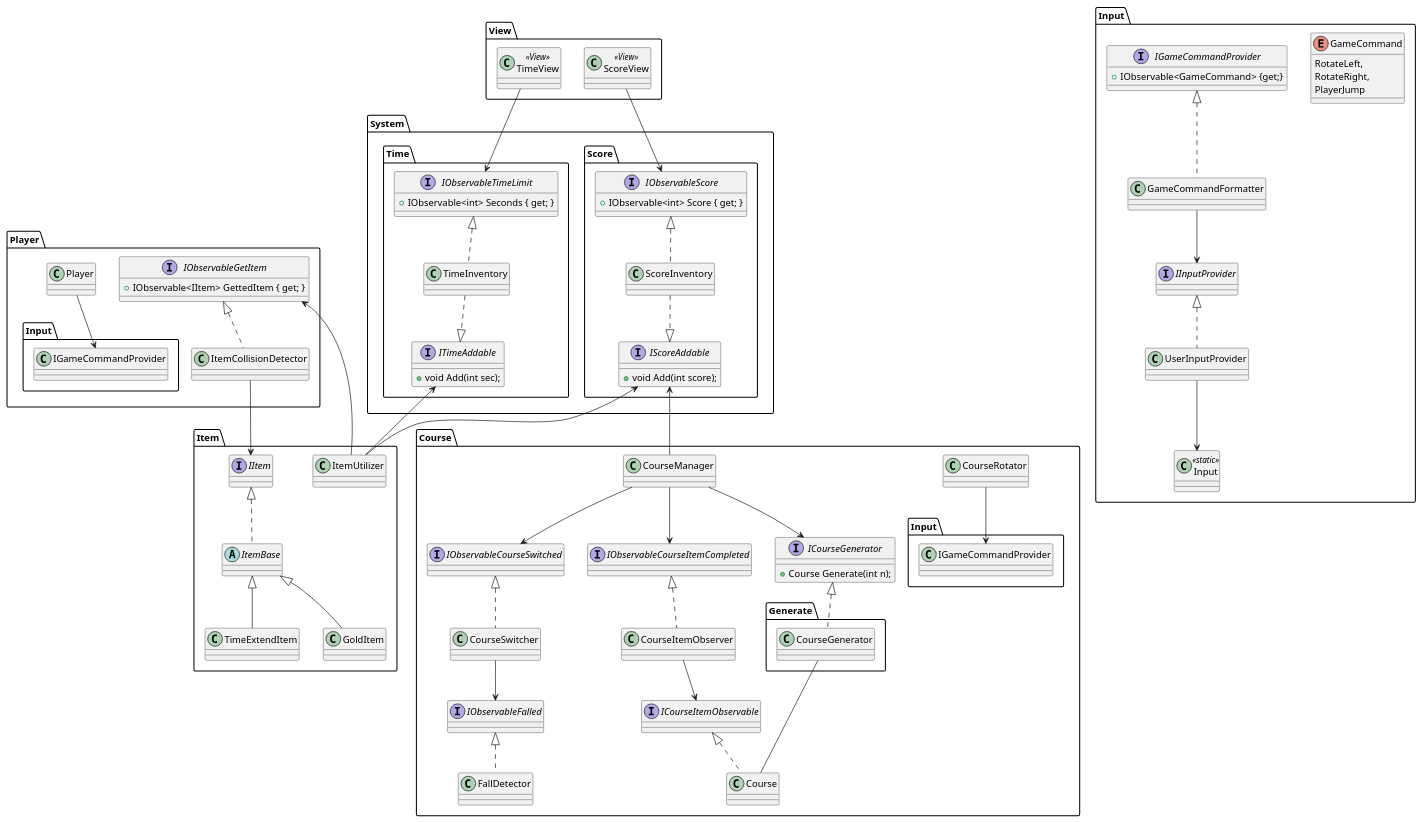
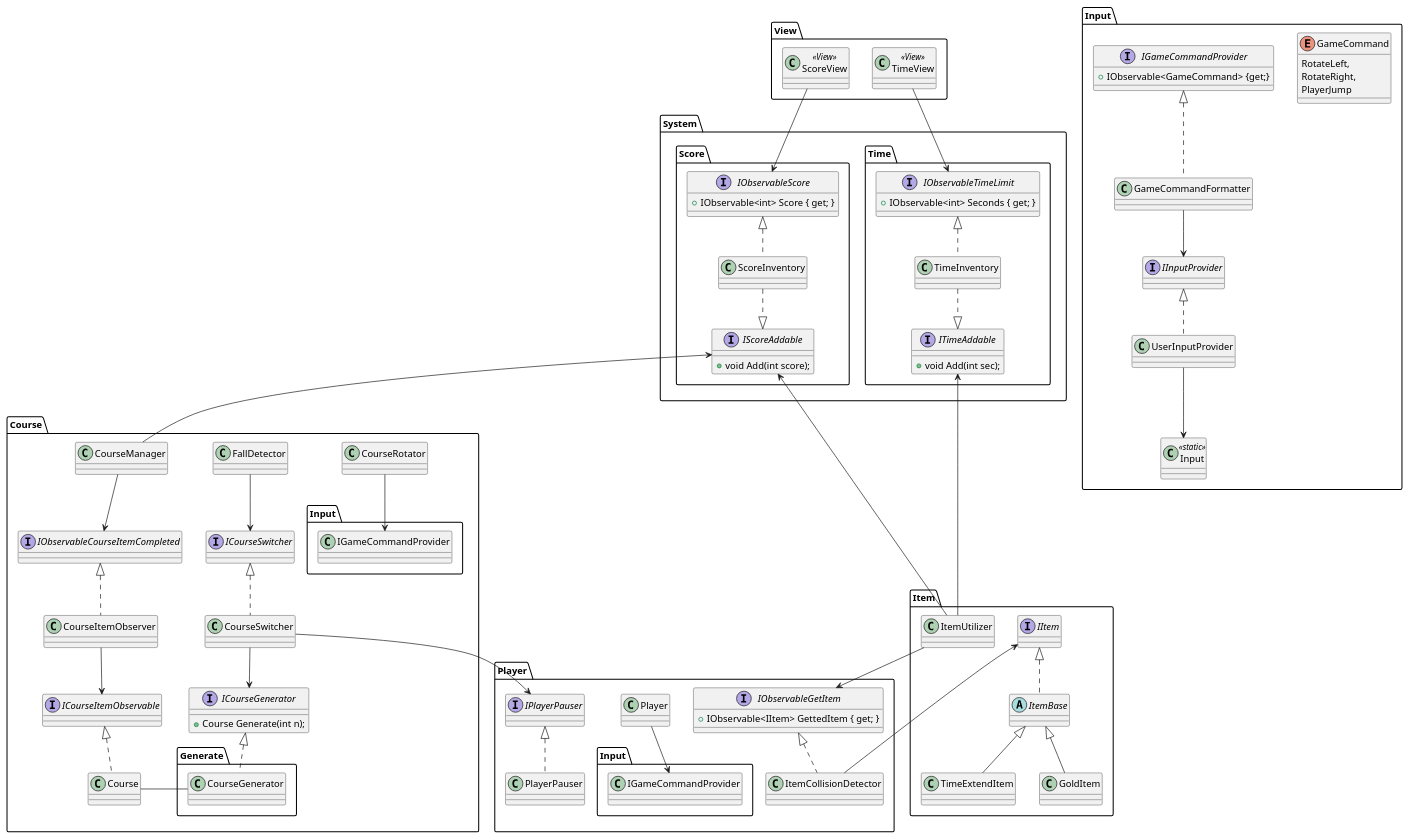
The diagram in Documents/ClassDiagram/RollAndFall ClassDiagram.wsd (yutorisan/RollAndFall), drawn with PlantUML before and after one commit. The commit also changed 23 other files, not shown here.

```diff
--- a/Documents/ClassDiagram/RollAndFall ClassDiagram.wsd
+++ b/Documents/ClassDiagram/RollAndFall ClassDiagram.wsd
@@ -1,139 +1,142 @@
 @startuml RollAndFall
 
 
 namespace System{
     namespace Score{
         interface IObservableScore{
             +IObservable<int> Score { get; }
         }
         interface IScoreAddable{
             +void Add(int score);
         }
         class ScoreInventory
         IObservableScore <|.. ScoreInventory
         ScoreInventory ..|> IScoreAddable
     }
     namespace Time{
         interface IObservableTimeLimit{
             +IObservable<int> Seconds { get; }
         }
         interface ITimeAddable{
             +void Add(int sec);
         }
         class TimeInventory
         IObservableTimeLimit <|.. TimeInventory
         TimeInventory ..|> ITimeAddable
     }
 }
 
 'コース上のアイテム
 namespace Item{
     interface IItem
     abstract ItemBase
     IItem <|.. ItemBase
 
     class TimeExtendItem
     class GoldItem
 
     ItemBase <|-- TimeExtendItem
     ItemBase <|-- GoldItem
     
     class ItemUtilizer
 
     System.Score.IScoreAddable <-- ItemUtilizer
     System.Time.ITimeAddable <-- ItemUtilizer
 }
 
 namespace Player{
     Player --> Input.IGameCommandProvider
 
     interface IObservableGetItem{
         +IObservable<IItem> GettedItem { get; }
     }
     class ItemCollisionDetector
     IObservableGetItem <|.. ItemCollisionDetector
     ItemCollisionDetector --> Item.IItem
 
     Item.ItemUtilizer --> IObservableGetItem
+
+    interface IPlayerPauser
+    class PlayerPauser
+    IPlayerPauser <|.. PlayerPauser
 }
 
 namespace Course{
     class Course
 
     namespace Generate{
         class CourseGenerator
         CourseGenerator - Course.Course
     }
 
     'コースの回転
     CourseRotator --> Input.IGameCommandProvider
 
     '落下時を検知
     class FallDetector
-    interface IObservableFalled
-    IObservableFalled <|.. FallDetector
+    FallDetector --> ICourseSwitcher
 
-    interface IObservableCourseSwitched
+    interface ICourseSwitcher
     class CourseSwitcher
-    IObservableCourseSwitched <|.. CourseSwitcher
-    CourseSwitcher --> IObservableFalled
+    ICourseSwitcher <|.. CourseSwitcher
 
     'コース上のアイテムの状態を監視する
     interface IObservableCourseItemCompleted
     class CourseItemObserver
     interface ICourseItemObservable
     ICourseItemObservable <|.. Course
     CourseItemObserver --> ICourseItemObservable
     IObservableCourseItemCompleted <|.. CourseItemObserver
 
     class CourseManager
 
     'コースの自動生成
     interface ICourseGenerator{
         +Course Generate(int n);
     }
-    CourseManager --> ICourseGenerator
+    ' CourseManager --> ICourseGenerator
     CourseManager --> IObservableCourseItemCompleted
-    CourseManager --> IObservableCourseSwitched
 
     System.Score.IScoreAddable <-- CourseManager
 
     ICourseGenerator <|.. Course.Generate.CourseGenerator
+    CourseSwitcher --> ICourseGenerator
+    CourseSwitcher --> Player.IPlayerPauser
 
 }
 
 
 
 
 namespace Input{
     enum GameCommand{
         RotateLeft,
         RotateRight,
         PlayerJump
     }
     interface IGameCommandProvider{
         +IObservable<GameCommand> {get;}
     }
     IGameCommandProvider <|.. GameCommandFormatter
 
     interface IInputProvider
     class Input <<static>>
     IInputProvider <|.. UserInputProvider
     UserInputProvider --> Input
 
     GameCommandFormatter --> IInputProvider
 }
 
 
 namespace View{
     class ScoreView <<View>>
     class TimeView <<View>>
 
     ScoreView --> System.Score.IObservableScore
     TimeView --> System.Time.IObservableTimeLimit
 }
 
 
 
 
 @enduml
```
